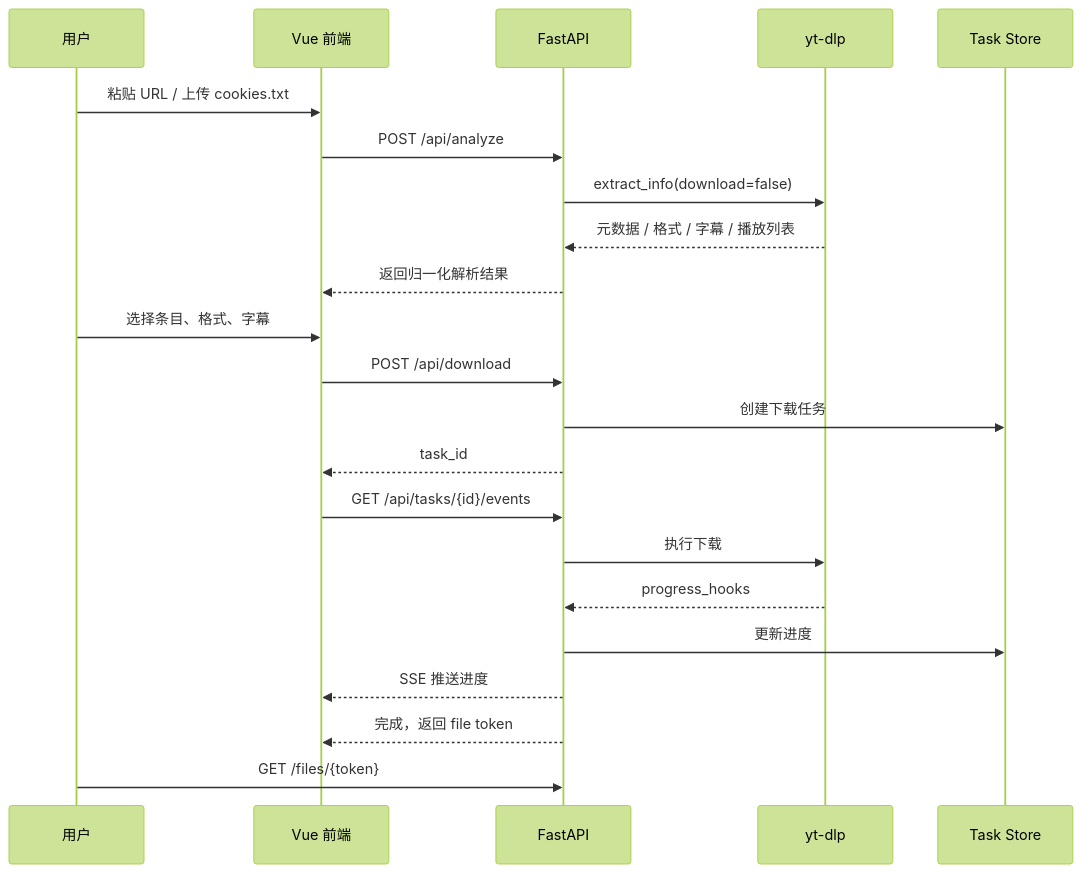
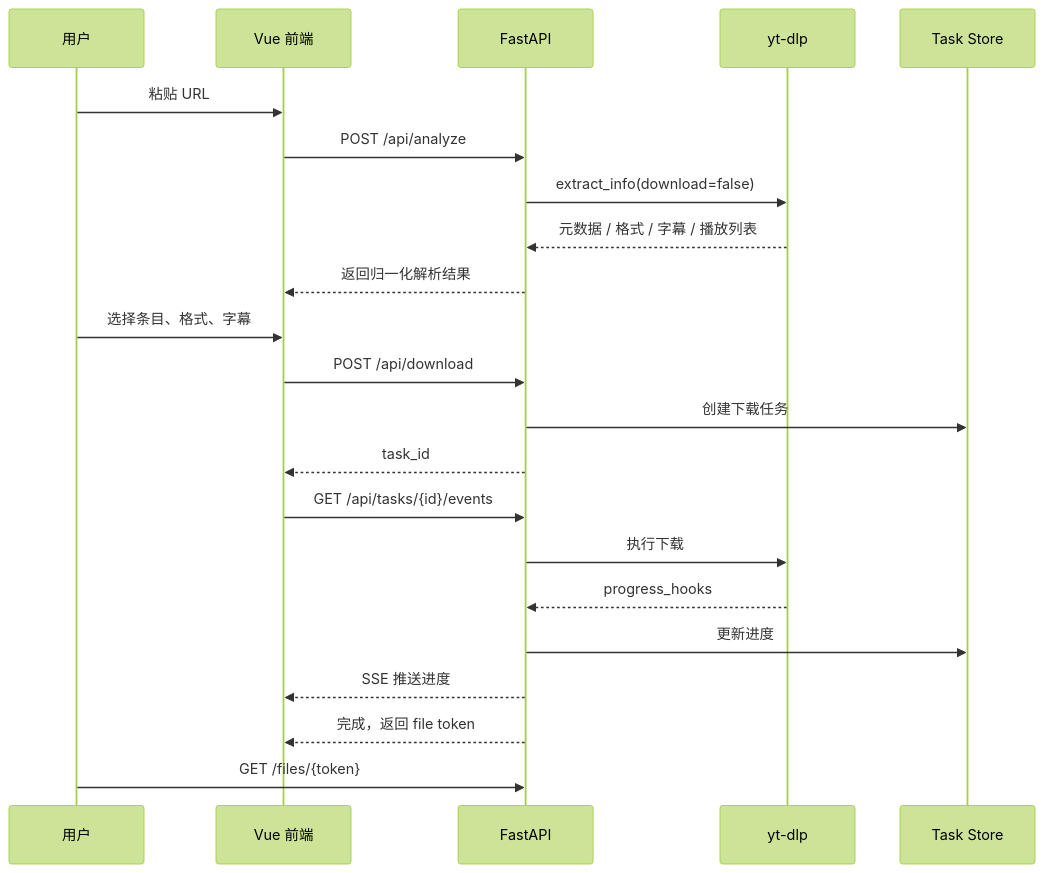
One commit to Suxingyu111/free-video-downloader changed the diagram in docs/diagrams/download-flow.md. Above: the diagram before and after it, drawn with Mermaid (forest theme). The commit also changed other lines of this file and 19 other files, not shown here.

````diff
--- a/docs/diagrams/download-flow.md
+++ b/docs/diagrams/download-flow.md
@@ -3,28 +3,28 @@
 ```mermaid
 sequenceDiagram
   participant User as 用户
   participant Vue as Vue 前端
   participant API as FastAPI
   participant Y as yt-dlp
   participant Store as Task Store
 
-  User->>Vue: 粘贴 URL / 上传 cookies.txt
+  User->>Vue: 粘贴 URL
   Vue->>API: POST /api/analyze
   API->>Y: extract_info(download=false)
   Y-->>API: 元数据 / 格式 / 字幕 / 播放列表
   API-->>Vue: 返回归一化解析结果
 
   User->>Vue: 选择条目、格式、字幕
   Vue->>API: POST /api/download
   API->>Store: 创建下载任务
   API-->>Vue: task_id
 
   Vue->>API: GET /api/tasks/{id}/events
   API->>Y: 执行下载
   Y-->>API: progress_hooks
   API->>Store: 更新进度
   API-->>Vue: SSE 推送进度
 
   API-->>Vue: 完成，返回 file token
   User->>API: GET /files/{token}
 ```
````
